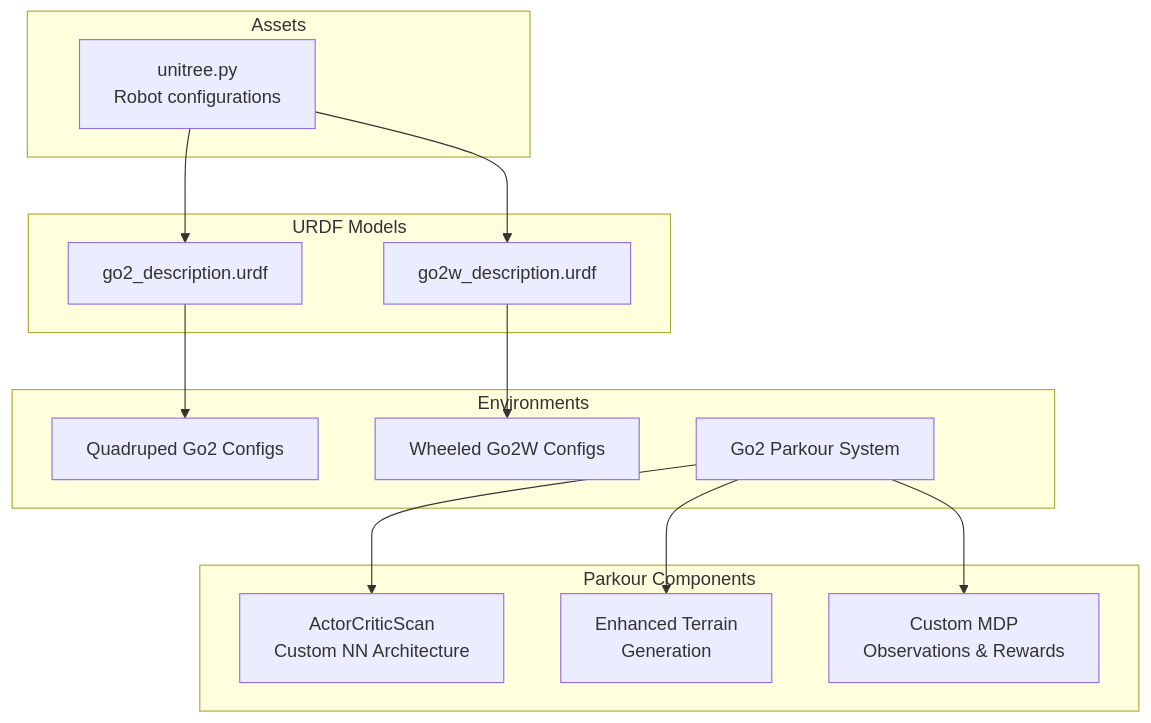
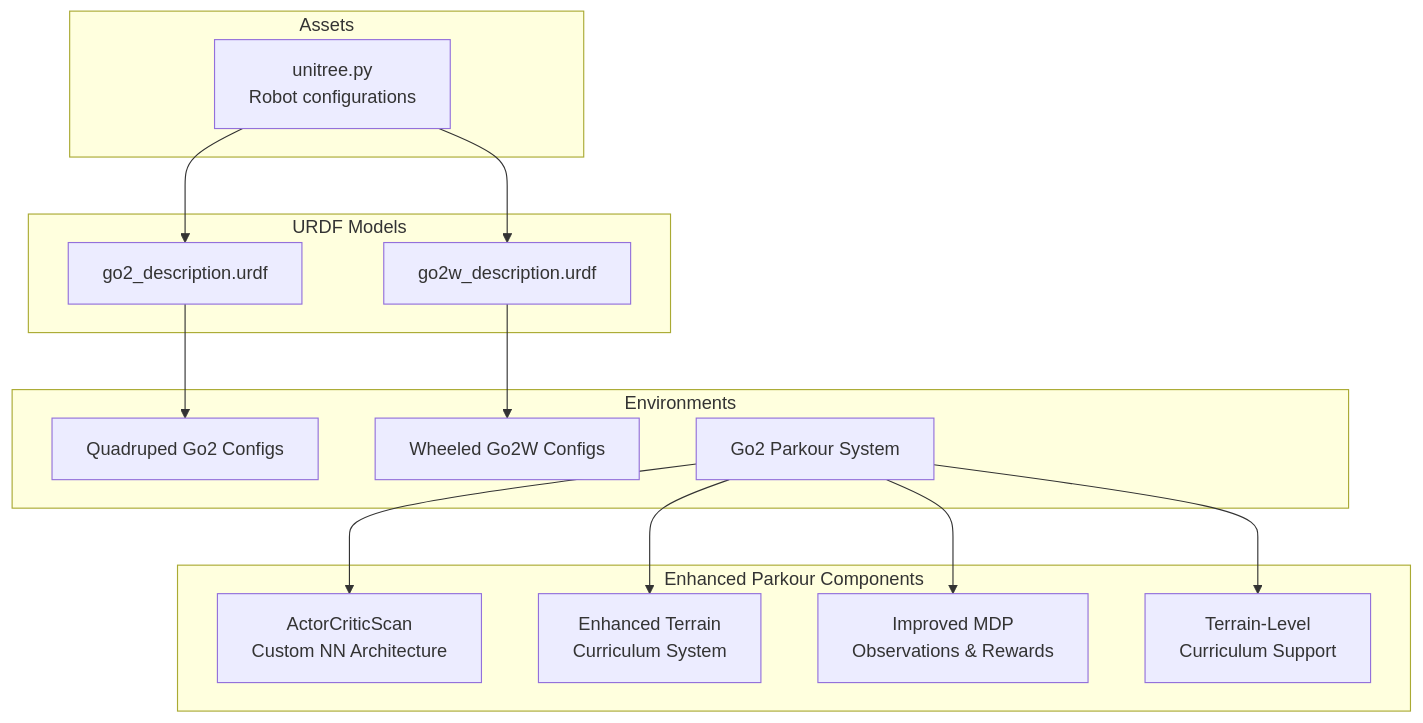
One commit to jayjayhust/robot_lab changed the first of 12 diagrams in .qoder/repowiki/en/content/Robot Categories and Models/Quadruped Robots/Unitree Go2 Series.md. Above: the diagram before and after it, drawn with Mermaid. The commit also changed other lines of this file and 168 other files, not shown here.

````diff
--- a/.qoder/repowiki/en/content/Robot Categories and Models/Quadruped Robots/Unitree Go2 Series.md
+++ b/.qoder/repowiki/en/content/Robot Categories and Models/Quadruped Robots/Unitree Go2 Series.md
@@ -49,27 +51,29 @@
 ```mermaid
 graph TB
 subgraph "Assets"
 UCFG["unitree.py<br/>Robot configurations"]
 end
 subgraph "URDF Models"
 GO2["go2_description.urdf"]
 GO2W["go2w_description.urdf"]
 end
 subgraph "Environments"
 QGO2["Quadruped Go2 Configs"]
 WGO2W["Wheeled Go2W Configs"]
 GOPARKOUR["Go2 Parkour System"]
 end
-subgraph "Parkour Components"
+subgraph "Enhanced Parkour Components"
 ACTNET["ActorCriticScan<br/>Custom NN Architecture"]
-TERRAINS["Enhanced Terrain<br/>Generation"]
-MDP["Custom MDP<br/>Observations & Rewards"]
+TERRAINS["Enhanced Terrain<br/>Curriculum System"]
+MDP["Improved MDP<br/>Observations & Rewards"]
+CURRICULUM["Terrain-Level<br/>Curriculum Support"]
 end
 UCFG --> GO2
 UCFG --> GO2W
 GO2 --> QGO2
 GO2W --> WGO2W
 GOPARKOUR --> ACTNET
 GOPARKOUR --> TERRAINS
 GOPARKOUR --> MDP
+GOPARKOUR --> CURRICULUM
 ```
````
